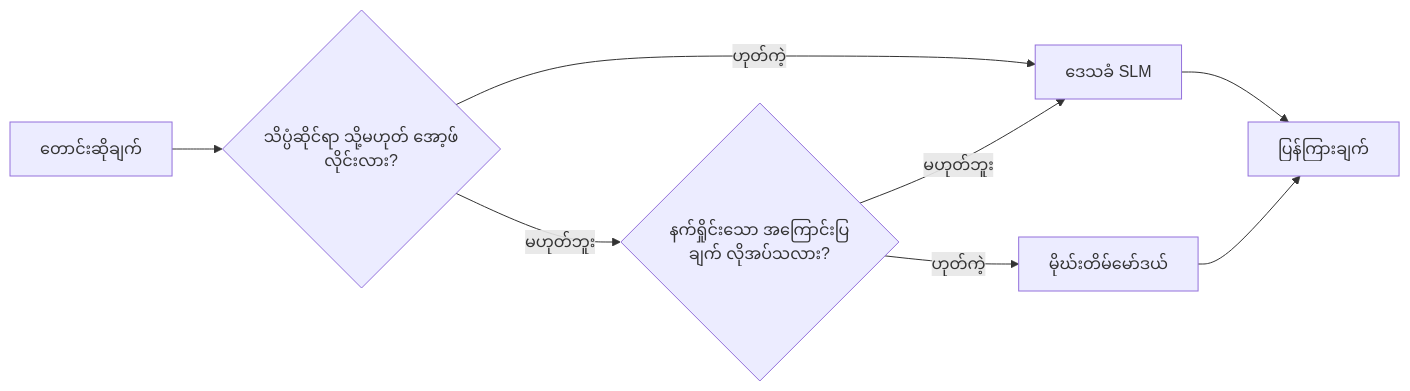
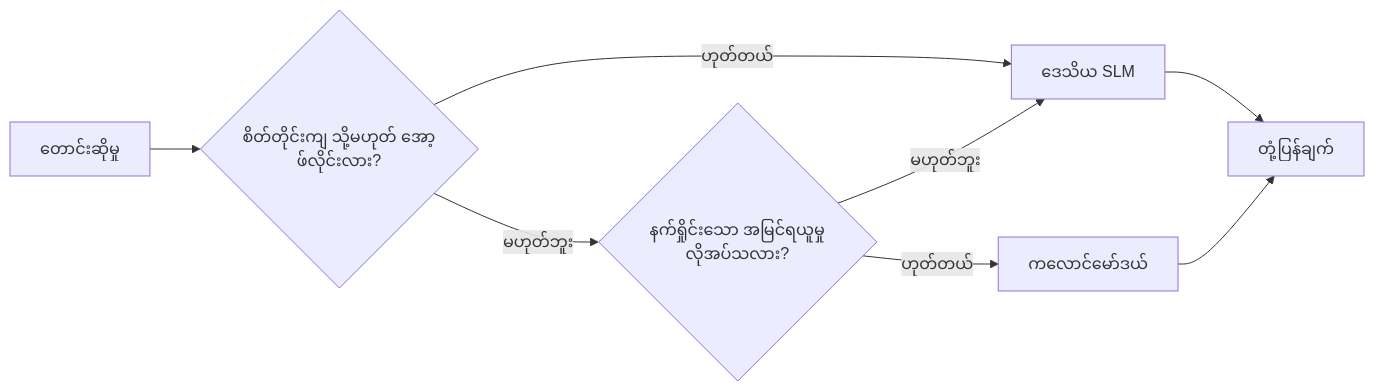
Before and after one commit to gabrielmoreira/agent-skills-mirror: the fourth of 4 diagrams in mirrors/repos/microsoft@ai-agents-for-beginners/translations/my/17-creating-local-ai-agents/README.md, drawn with Mermaid. The commit also changed other lines of this file and 4262 other files, not shown here.

````diff
--- a/mirrors/repos/microsoft@ai-agents-for-beginners/translations/my/17-creating-local-ai-agents/README.md
+++ b/mirrors/repos/microsoft@ai-agents-for-beginners/translations/my/17-creating-local-ai-agents/README.md
@@ -156,10 +156,10 @@
 ```mermaid
 flowchart LR
-    Q[တောင်းဆိုချက်] --> S{သိပ္ပံဆိုင်ရာ သို့မဟုတ် အော့ဖ်လိုင်းလား?}
-    S -->|ဟုတ်ကဲ့| L[ဒေသခံ SLM]
-    S -->|မဟုတ်ဘူး| C{နက်ရှိုင်းသော အကြောင်းပြချက် လိုအပ်သလား?}
+    Q[တောင်းဆိုမှု] --> S{စိတ်တိုင်းကျ သို့မဟုတ် အော့ဖ်လိုင်းလား?}
+    S -->|ဟုတ်တယ်| L[ဒေသိယ SLM]
+    S -->|မဟုတ်ဘူး| C{နက်ရှိုင်းသော အမြင်ရယူမှုလိုအပ်သလား?}
     C -->|မဟုတ်ဘူး| L
-    C -->|ဟုတ်ကဲ့| Cloud[မိုဃ်းတိမ်မော်ဒယ်]
-    L --> Out[ပြန်ကြားချက်]
+    C -->|ဟုတ်တယ်| Cloud[ကလောင်မော်ဒယ်]
+    L --> Out[တုံ့ပြန်ချက်]
     Cloud --> Out
 ```
````
